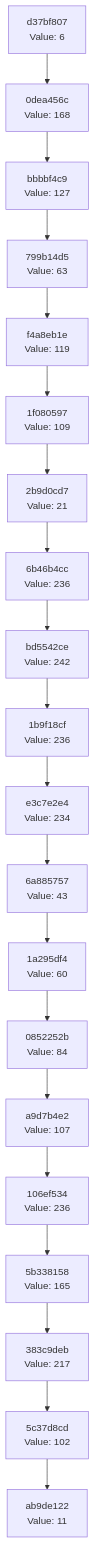
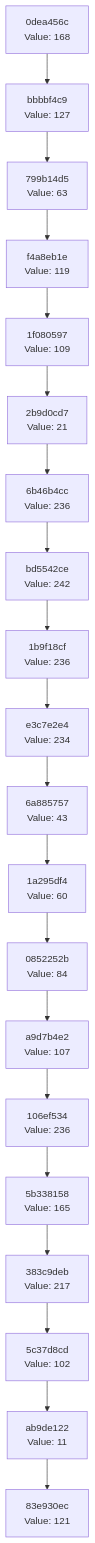
Before and after one commit to Abhisheksinha1506/hash-chain-evolver: the diagram in docs/CHAIN_VISUALIZATION.md, drawn with Mermaid. The commit also changed 2 other files, not shown here.

Commit message:
Evolution Step

````diff
--- a/docs/CHAIN_VISUALIZATION.md
+++ b/docs/CHAIN_VISUALIZATION.md
@@ -3,42 +3,42 @@
 ```mermaid
 graph TD
-    C0["ab9de122<br/>Value: 11"]
-    C1["5c37d8cd<br/>Value: 102"]
+    C0["83e930ec<br/>Value: 121"]
+    C1["ab9de122<br/>Value: 11"]
     C1 --> C0
-    C2["383c9deb<br/>Value: 217"]
+    C2["5c37d8cd<br/>Value: 102"]
     C2 --> C1
-    C3["5b338158<br/>Value: 165"]
+    C3["383c9deb<br/>Value: 217"]
     C3 --> C2
-    C4["106ef534<br/>Value: 236"]
+    C4["5b338158<br/>Value: 165"]
     C4 --> C3
-    C5["a9d7b4e2<br/>Value: 107"]
+    C5["106ef534<br/>Value: 236"]
     C5 --> C4
-    C6["0852252b<br/>Value: 84"]
+    C6["a9d7b4e2<br/>Value: 107"]
     C6 --> C5
-    C7["1a295df4<br/>Value: 60"]
+    C7["0852252b<br/>Value: 84"]
     C7 --> C6
-    C8["6a885757<br/>Value: 43"]
+    C8["1a295df4<br/>Value: 60"]
     C8 --> C7
-    C9["e3c7e2e4<br/>Value: 234"]
+    C9["6a885757<br/>Value: 43"]
     C9 --> C8
-    C10["1b9f18cf<br/>Value: 236"]
+    C10["e3c7e2e4<br/>Value: 234"]
     C10 --> C9
-    C11["bd5542ce<br/>Value: 242"]
+    C11["1b9f18cf<br/>Value: 236"]
     C11 --> C10
-    C12["6b46b4cc<br/>Value: 236"]
+    C12["bd5542ce<br/>Value: 242"]
     C12 --> C11
-    C13["2b9d0cd7<br/>Value: 21"]
+    C13["6b46b4cc<br/>Value: 236"]
     C13 --> C12
-    C14["1f080597<br/>Value: 109"]
+    C14["2b9d0cd7<br/>Value: 21"]
     C14 --> C13
-    C15["f4a8eb1e<br/>Value: 119"]
+    C15["1f080597<br/>Value: 109"]
     C15 --> C14
-    C16["799b14d5<br/>Value: 63"]
+    C16["f4a8eb1e<br/>Value: 119"]
     C16 --> C15
-    C17["bbbbf4c9<br/>Value: 127"]
+    C17["799b14d5<br/>Value: 63"]
     C17 --> C16
-    C18["0dea456c<br/>Value: 168"]
+    C18["bbbbf4c9<br/>Value: 127"]
     C18 --> C17
-    C19["d37bf807<br/>Value: 6"]
+    C19["0dea456c<br/>Value: 168"]
     C19 --> C18
 ```
````
